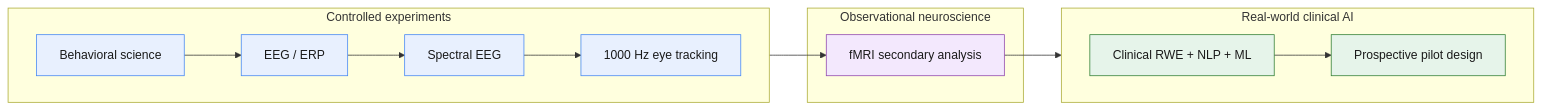
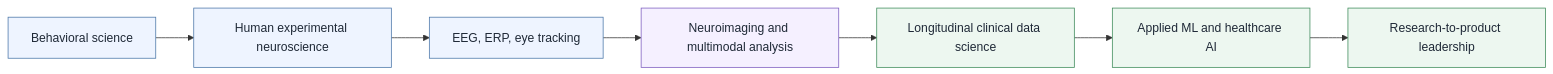
Before and after one commit to jupshaw/joshua-upshaw-research-development-portfolio: the diagram in README.md, drawn with Mermaid. The commit also changed other lines of this file and 17 other files, not shown here.

````diff
--- a/README.md
+++ b/README.md
@@ -54,22 +44,16 @@
 ```mermaid
 flowchart LR
-    subgraph EXP["Controlled experiments"]
-        direction LR
-        A[Behavioral science] --> B[EEG / ERP] --> C[Spectral EEG] --> D[1000 Hz eye tracking]
-    end
-    subgraph OBS["Observational neuroscience"]
-        E[fMRI secondary analysis]
-    end
-    subgraph CLIN["Real-world clinical AI"]
-        direction LR
-        F[Clinical RWE + NLP + ML] --> G[Prospective pilot design]
-    end
-    D --> E --> F
+    A[Behavioral science] --> B[Human experimental neuroscience]
+    B --> C[EEG, ERP, eye tracking]
+    C --> D[Neuroimaging and multimodal analysis]
+    D --> E[Longitudinal clinical data science]
+    E --> F[Applied ML and healthcare AI]
+    F --> G[Research-to-product leadership]
 
-    classDef exp fill:#E8F0FE,stroke:#4285F4,color:#1A1A1A;
-    classDef obs fill:#F3E8FD,stroke:#8E44AD,color:#1A1A1A;
-    classDef clin fill:#E6F4EA,stroke:#2E7D32,color:#1A1A1A;
-    class A,B,C,D exp;
-    class E obs;
-    class F,G clin;
+    classDef early fill:#EEF4FF,stroke:#4A76A8,color:#1F2937;
+    classDef mid fill:#F5F0FF,stroke:#7C5CBF,color:#1F2937;
+    classDef late fill:#EDF7F0,stroke:#3D8B5A,color:#1F2937;
+    class A,B,C early;
+    class D mid;
+    class E,F,G late;
 ```
````
